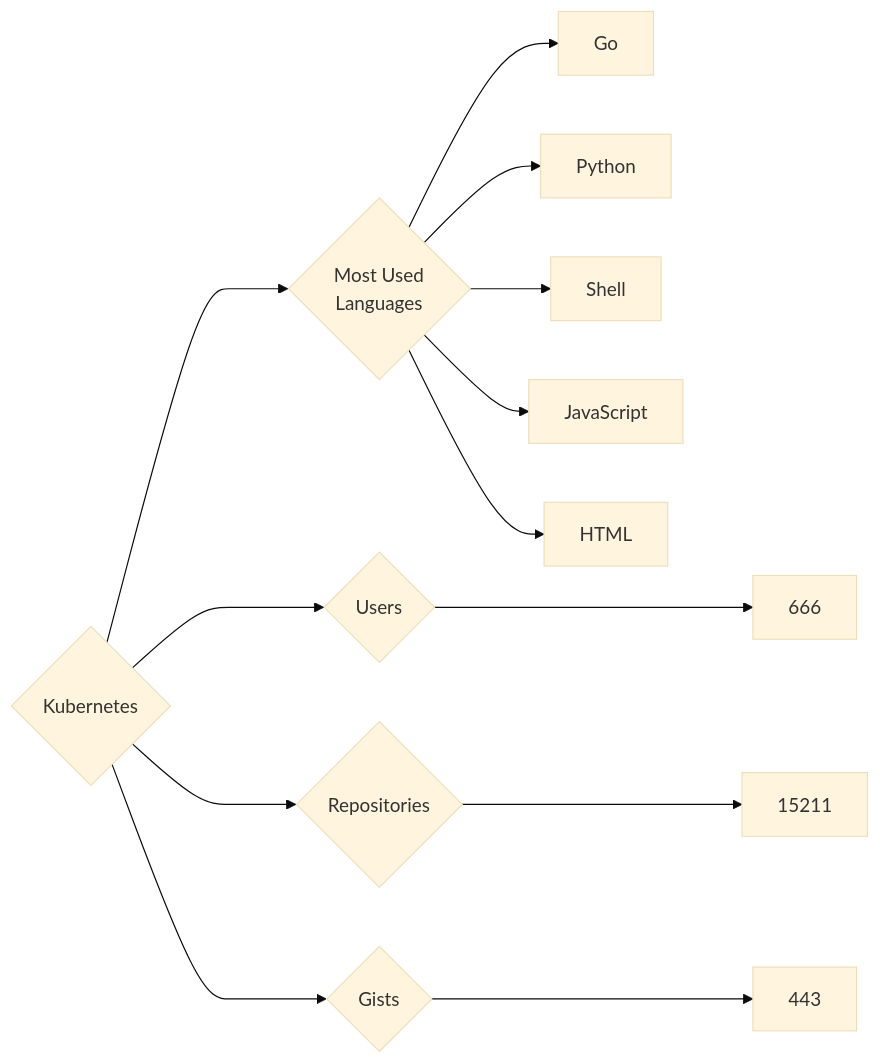
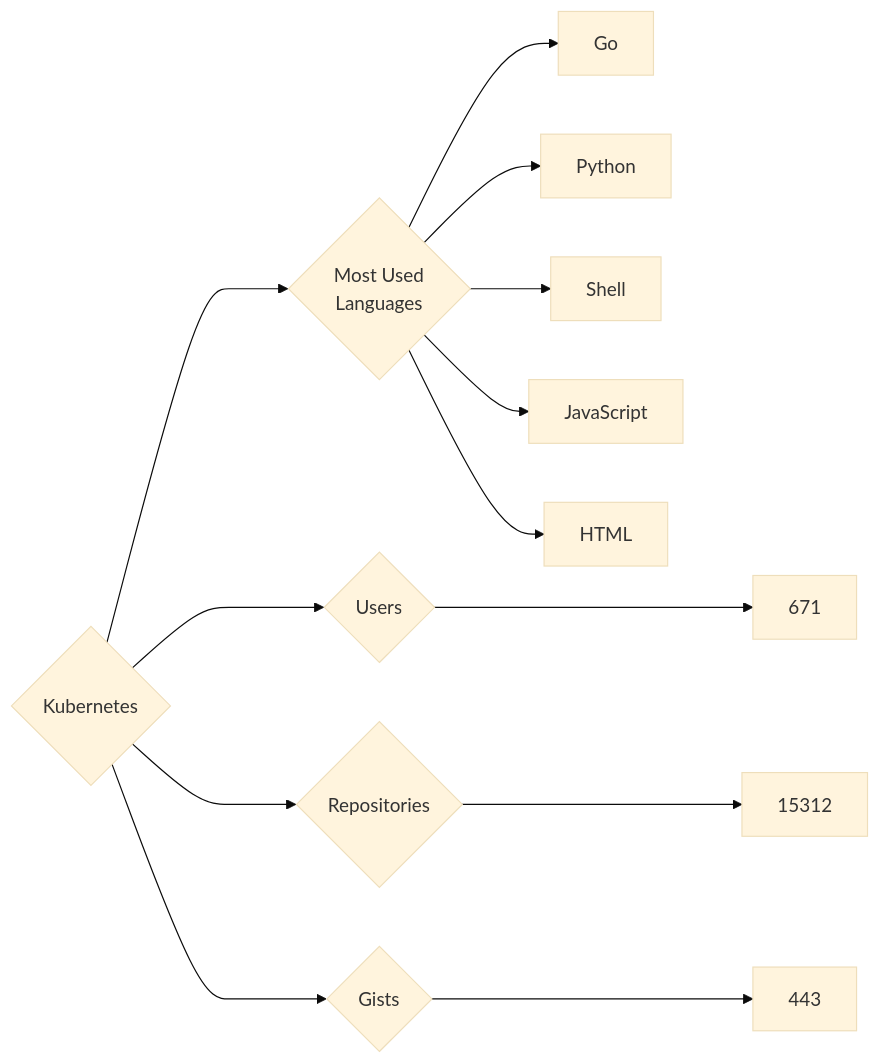
One commit to trickest/insiders changed the diagram in targets/Kubernetes/README.md. Above: the diagram before and after it, drawn with Mermaid (base theme). The commit also changed 845 other files, not shown here.

````diff
--- a/targets/Kubernetes/README.md
+++ b/targets/Kubernetes/README.md
@@ -3,13 +3,13 @@
 ```mermaid
 graph LR
 COMPANY_NAME{Kubernetes}
-COMPANY_NAME ---> U{Users} ---> UN[666]
-COMPANY_NAME ---> R{Repositories} ---> RN[15211]
+COMPANY_NAME ---> U{Users} ---> UN[671]
+COMPANY_NAME ---> R{Repositories} ---> RN[15312]
 COMPANY_NAME ---> G{Gists} ---> GN[443]
 COMPANY_NAME ---> ML{Most Used<br>Languages}
 ML --> Go[Go]
 ML --> Python[Python]
 ML --> Shell[Shell]
 ML --> JavaScript[JavaScript]
 ML --> HTML[HTML]
 ```
````
